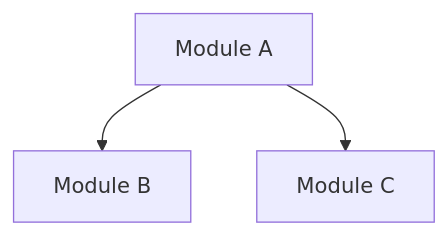
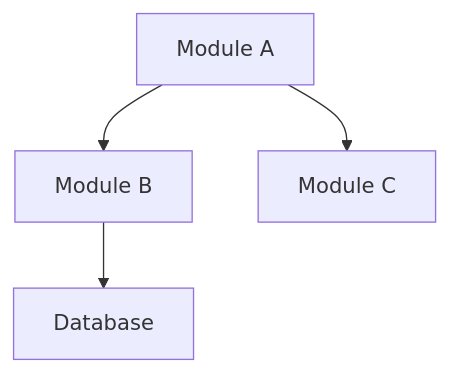
Before and after one commit to Ankurjain1121/framework-developer-agent: the first of 3 diagrams in plugins/framework-dev/agents/framework-developer.md, drawn with Mermaid. The commit also changed other lines of this file and 20 other files, not shown here.

````diff
--- a/plugins/framework-dev/agents/framework-developer.md
+++ b/plugins/framework-dev/agents/framework-developer.md
@@ -190,5 +384,6 @@
 ```mermaid
 graph TD
   A[Module A] --> B[Module B]
   A --> C[Module C]
+  B --> D[Database]
 ```
````
